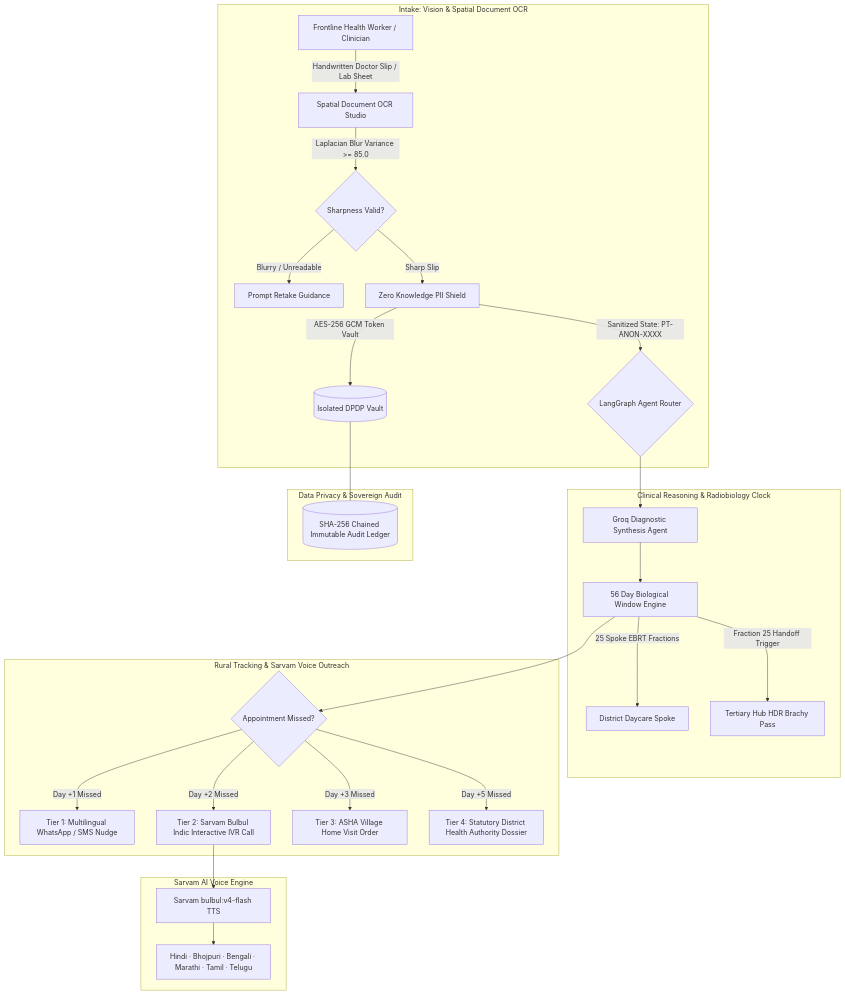
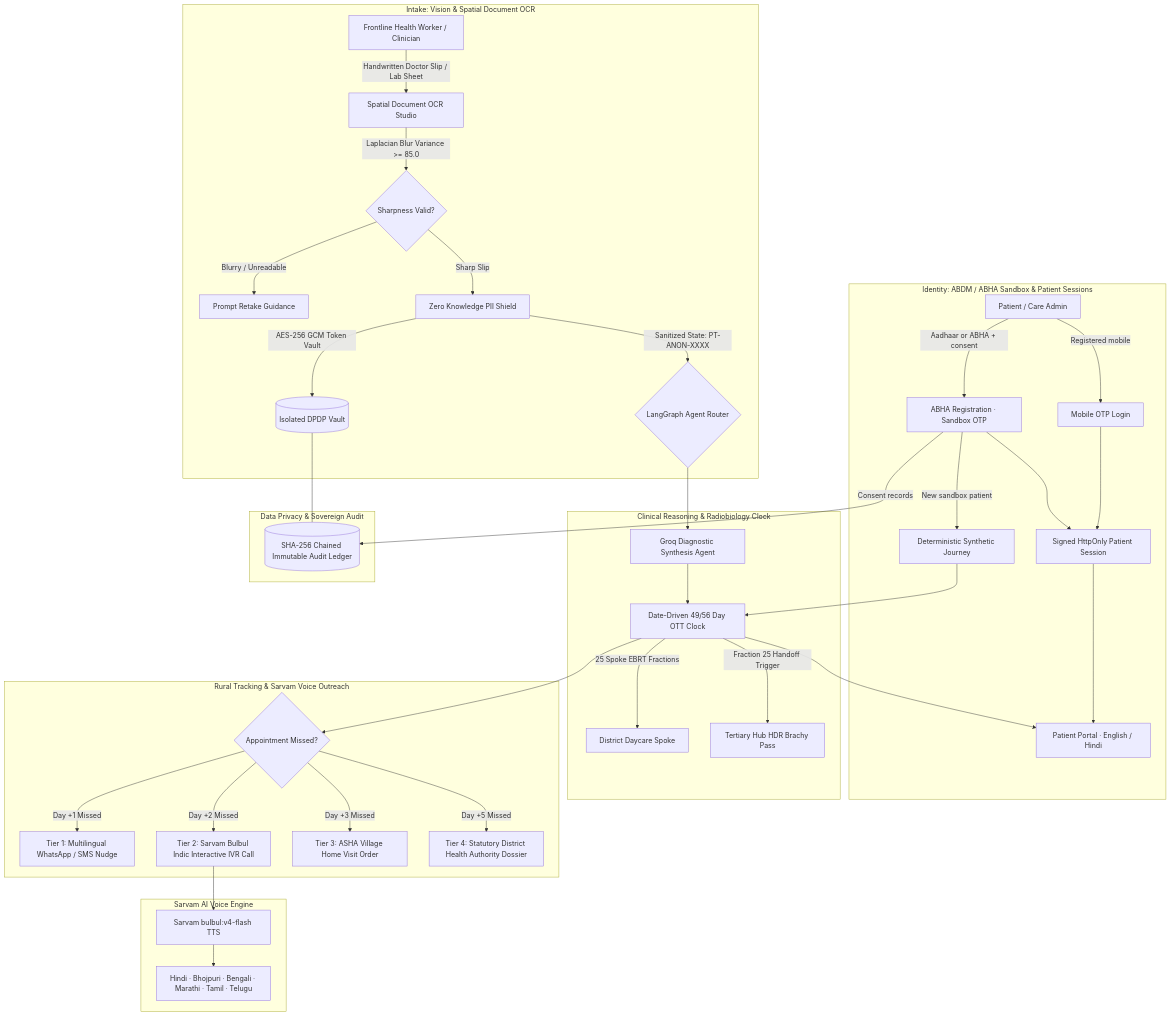
The diagram in README.md (ihatecoding01/CerviSetu), drawn with Mermaid before and after one commit. The commit also changed other lines of this file and 14 other files, not shown here.

Commit message:
docs: refresh README with logo header, screenshots, ABHA and patient portal features; teal logo on gateway and portal

````diff
--- a/README.md
+++ b/README.md
@@ -16,35 +103,47 @@
 ```mermaid
 flowchart TD
+    subgraph Identity ["Identity: ABDM / ABHA Sandbox & Patient Sessions"]
+        P[Patient / Care Admin] -->|Aadhaar or ABHA + consent| ABHA[ABHA Registration · Sandbox OTP]
+        P -->|Registered mobile| MOTP[Mobile OTP Login]
+        ABHA --> Session[Signed HttpOnly Patient Session]
+        MOTP --> Session
+        Session --> Portal[Patient Portal · English / Hindi]
+        ABHA -->|New sandbox patient| Synthetic[Deterministic Synthetic Journey]
+    end
+
     subgraph Intake ["Intake: Vision & Spatial Document OCR"]
         A[Frontline Health Worker / Clinician] -->|Handwritten Doctor Slip / Lab Sheet| OCR[Spatial Document OCR Studio]
         OCR -->|Laplacian Blur Variance >= 85.0| SharpnessGate{Sharpness Valid?}
         SharpnessGate -->|Blurry / Unreadable| RetakeGuidance[Prompt Retake Guidance]
         SharpnessGate -->|Sharp Slip| PIIShield[Zero Knowledge PII Shield]
         PIIShield -->|AES-256 GCM Token Vault| Vault[(Isolated DPDP Vault)]
         PIIShield -->|Sanitized State: PT-ANON-XXXX| Router{LangGraph Agent Router}
     end
 
     subgraph Reasoning ["Clinical Reasoning & Radiobiology Clock"]
         Router --> DiagAgent[Groq Diagnostic Synthesis Agent]
-        DiagAgent --> ClockAgent[56 Day Biological Window Engine]
+        DiagAgent --> ClockAgent[Date-Driven 49/56 Day OTT Clock]
         ClockAgent -->|25 Spoke EBRT Fractions| SpokeTracker[District Daycare Spoke]
         ClockAgent -->|Fraction 25 Handoff Trigger| HubPass[Tertiary Hub HDR Brachy Pass]
+        Synthetic --> ClockAgent
+        ClockAgent --> Portal
     end
 
     subgraph Escalation ["Rural Tracking & Sarvam Voice Outreach"]
         ClockAgent --> MissedCheck{Appointment Missed?}
         MissedCheck -->|Day +1 Missed| T1[Tier 1: Multilingual WhatsApp / SMS Nudge]
         MissedCheck -->|Day +2 Missed| T2[Tier 2: Sarvam Bulbul Indic Interactive IVR Call]
         MissedCheck -->|Day +3 Missed| T3[Tier 3: ASHA Village Home Visit Order]
         MissedCheck -->|Day +5 Missed| T4[Tier 4: Statutory District Health Authority Dossier]
     end
 
     subgraph IndicVoice ["Sarvam AI Voice Engine"]
         T2 --> Bulbul[Sarvam bulbul:v4-flash TTS]
         Bulbul --> Dialects[Hindi · Bhojpuri · Bengali · Marathi · Tamil · Telugu]
     end
 
     subgraph Compliance ["Data Privacy & Sovereign Audit"]
         Vault --- Ledger[(SHA-256 Chained Immutable Audit Ledger)]
+        ABHA -->|Consent records| Ledger
     end
 ```
````
